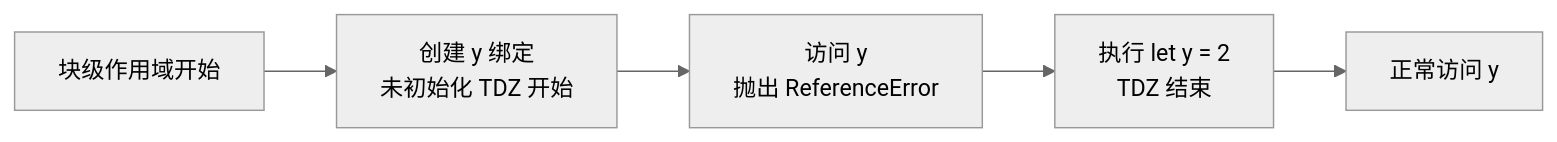
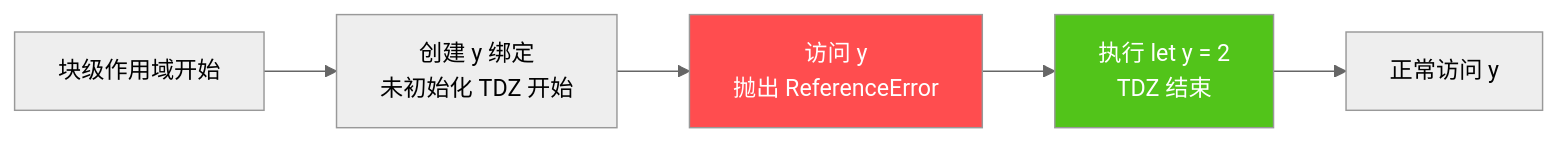
One commit to mansteinr/note-book changed the tenth of 19 diagrams in JavaScript/06-执行上下文.md. Above: the diagram before and after it, drawn with Mermaid (neutral theme). The commit also changed other lines of this file and 6 other files, not shown here.

````diff
--- a/JavaScript/06-执行上下文.md
+++ b/JavaScript/06-执行上下文.md
@@ -165,7 +654,10 @@
 ```mermaid
 flowchart LR
     A[块级作用域开始] --> B[创建 y 绑定<br/>未初始化 TDZ 开始]
     B --> C[访问 y<br/>抛出 ReferenceError]
     C --> D[执行 let y = 2<br/>TDZ 结束]
     D --> E[正常访问 y]
+
+    style C fill:#ff4d4f,color:#fff
+    style D fill:#52c41a,color:#fff
 ```
````
